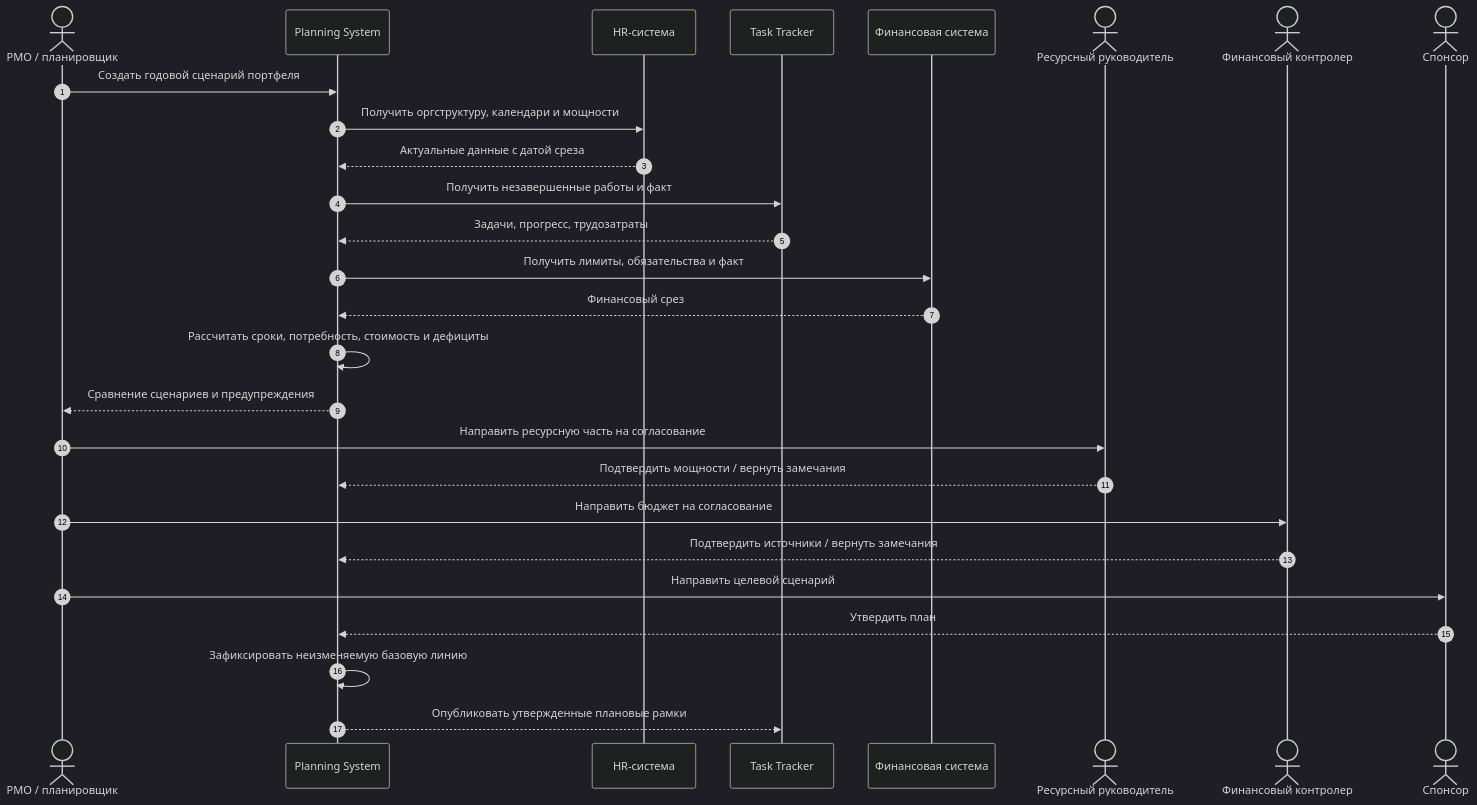
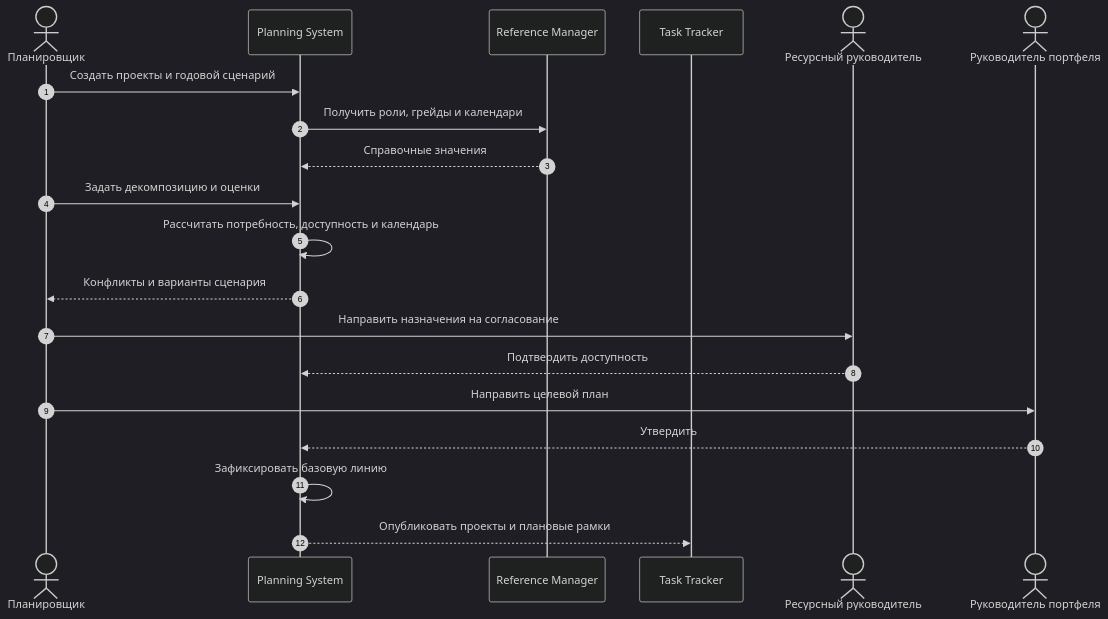
One commit to MEPhI-C22-501/arch-info-system-monorepo changed the diagram in planning-system/docs/diagrams/06-uml-sequence-annual-planning.mmd. Above: the diagram before and after it, drawn with Mermaid (dark theme). The commit also changed 15 other files, not shown here.

```diff
--- a/planning-system/docs/diagrams/06-uml-sequence-annual-planning.mmd
+++ b/planning-system/docs/diagrams/06-uml-sequence-annual-planning.mmd
@@ -1,28 +1,21 @@
 sequenceDiagram
   autonumber
-  actor PMO as PMO / планировщик
+  actor PMO as Планировщик
   participant PS as Planning System
-  participant HR as HR-система
+  participant RM as Reference Manager
   participant TT as Task Tracker
-  participant FS as Финансовая система
-  actor RM as Ресурсный руководитель
-  actor FC as Финансовый контролер
-  actor SP as Спонсор
+  actor Lead as Ресурсный руководитель
+  actor Head as Руководитель портфеля
 
-  PMO->>PS: Создать годовой сценарий портфеля
-  PS->>HR: Получить оргструктуру, календари и мощности
-  HR-->>PS: Актуальные данные с датой среза
-  PS->>TT: Получить незавершенные работы и факт
-  TT-->>PS: Задачи, прогресс, трудозатраты
-  PS->>FS: Получить лимиты, обязательства и факт
-  FS-->>PS: Финансовый срез
-  PS->>PS: Рассчитать сроки, потребность, стоимость и дефициты
-  PS-->>PMO: Сравнение сценариев и предупреждения
-  PMO->>RM: Направить ресурсную часть на согласование
-  RM-->>PS: Подтвердить мощности / вернуть замечания
-  PMO->>FC: Направить бюджет на согласование
-  FC-->>PS: Подтвердить источники / вернуть замечания
-  PMO->>SP: Направить целевой сценарий
-  SP-->>PS: Утвердить план
-  PS->>PS: Зафиксировать неизменяемую базовую линию
-  PS-->>TT: Опубликовать утвержденные плановые рамки
+  PMO->>PS: Создать проекты и годовой сценарий
+  PS->>RM: Получить роли, грейды и календари
+  RM-->>PS: Справочные значения
+  PMO->>PS: Задать декомпозицию и оценки
+  PS->>PS: Рассчитать потребность, доступность и календарь
+  PS-->>PMO: Конфликты и варианты сценария
+  PMO->>Lead: Направить назначения на согласование
+  Lead-->>PS: Подтвердить доступность
+  PMO->>Head: Направить целевой план
+  Head-->>PS: Утвердить
+  PS->>PS: Зафиксировать базовую линию
+  PS-->>TT: Опубликовать проекты и плановые рамки
```
